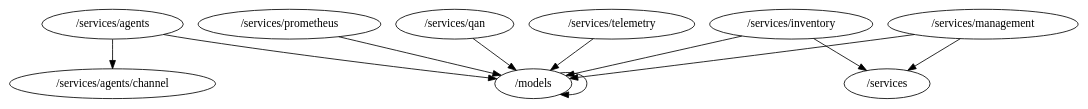
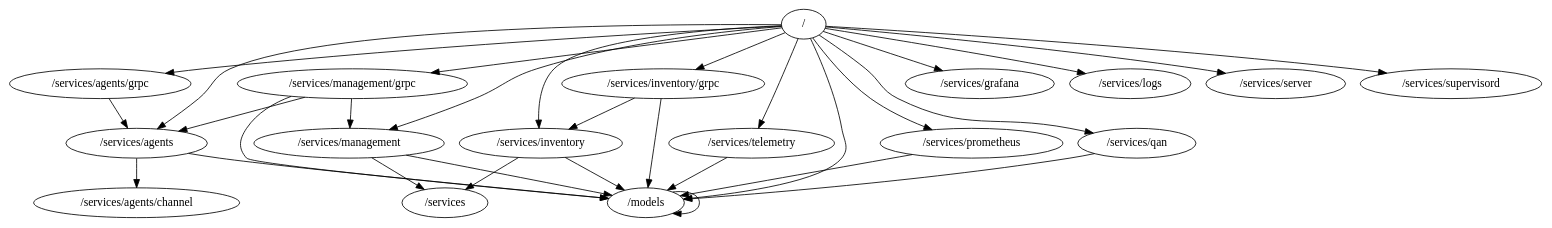
Before and after one commit to percona/pmm-managed: the diagram in packages.dot, drawn with Graphviz. The commit also changed 4 other files, not shown here.

```diff
--- a/packages.dot
+++ b/packages.dot
@@ -1,12 +1,32 @@
 digraph packages {
+	"/" -> "/models";
+	"/" -> "/services/agents";
+	"/" -> "/services/agents/grpc";
+	"/" -> "/services/grafana";
+	"/" -> "/services/inventory";
+	"/" -> "/services/inventory/grpc";
+	"/" -> "/services/logs";
+	"/" -> "/services/management";
+	"/" -> "/services/management/grpc";
+	"/" -> "/services/prometheus";
+	"/" -> "/services/qan";
+	"/" -> "/services/server";
+	"/" -> "/services/supervisord";
+	"/" -> "/services/telemetry";
 	"/models" -> "/models";
 	"/services/agents" -> "/models";
 	"/services/agents" -> "/services/agents/channel";
+	"/services/agents/grpc" -> "/services/agents";
 	"/services/inventory" -> "/models";
 	"/services/inventory" -> "/services";
+	"/services/inventory/grpc" -> "/models";
+	"/services/inventory/grpc" -> "/services/inventory";
 	"/services/management" -> "/models";
 	"/services/management" -> "/services";
+	"/services/management/grpc" -> "/models";
+	"/services/management/grpc" -> "/services/agents";
+	"/services/management/grpc" -> "/services/management";
 	"/services/prometheus" -> "/models";
 	"/services/qan" -> "/models";
 	"/services/telemetry" -> "/models";
 }
```
